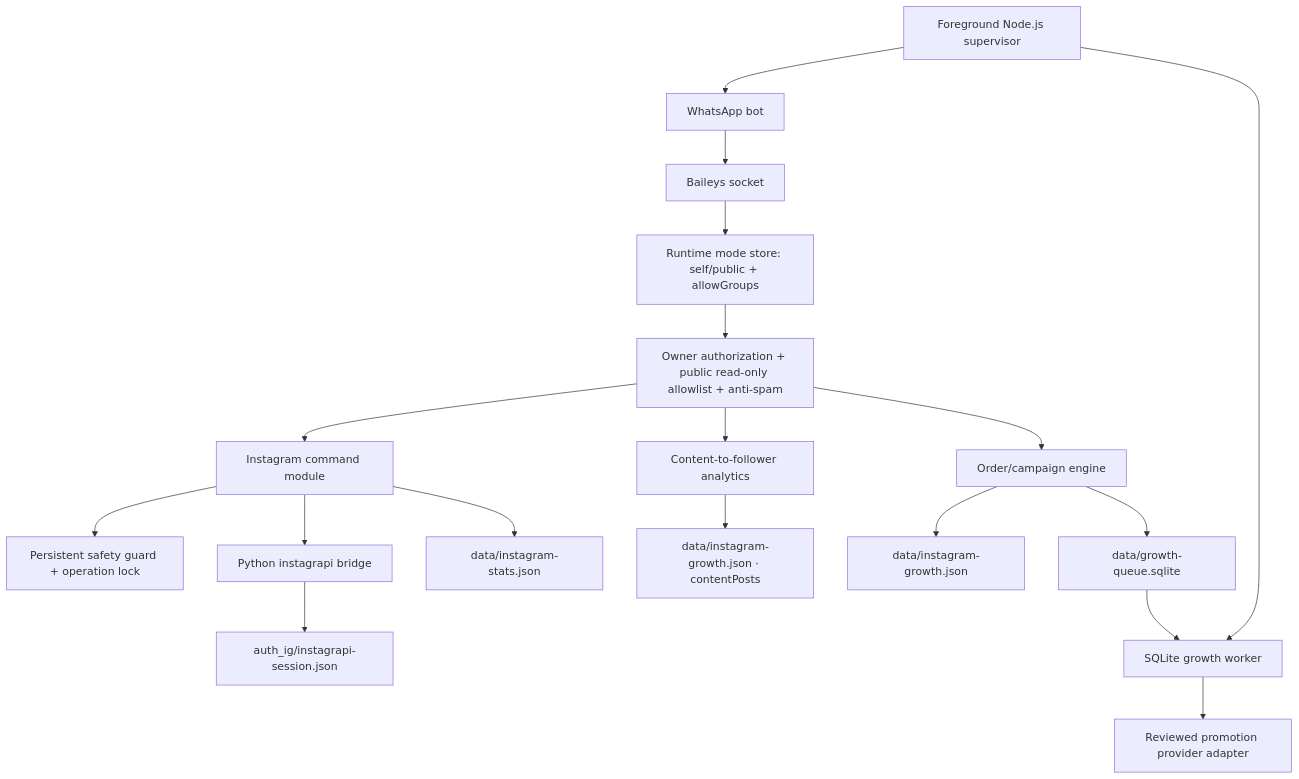
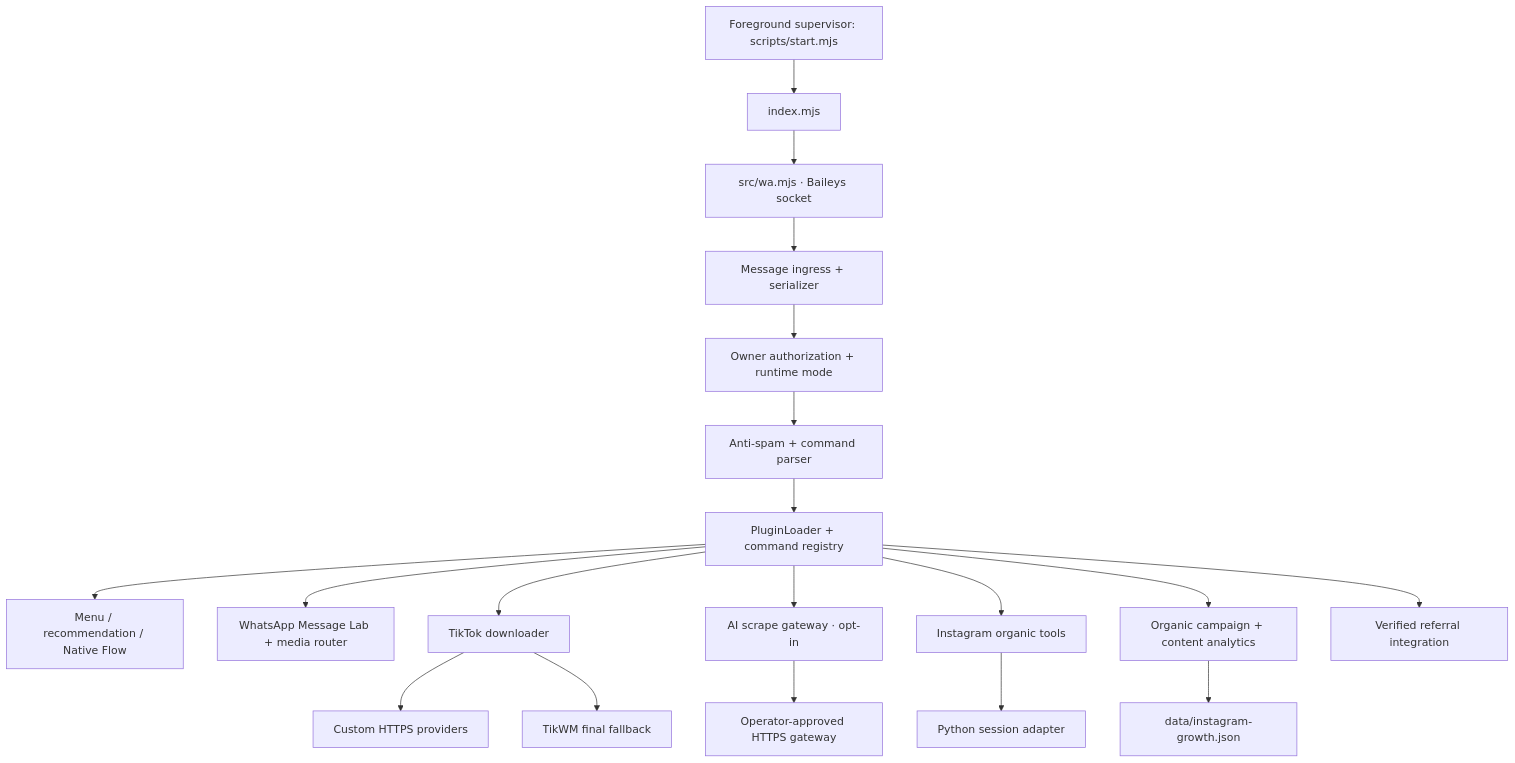
Before and after one commit to razzaqinspires/whiskay-instagram-growth: the diagram in docs/ARCHITECTURE.md, drawn with Mermaid. The commit also changed other lines of this file and 54 other files, not shown here.

````diff
--- a/docs/ARCHITECTURE.md
+++ b/docs/ARCHITECTURE.md
@@ -3,20 +5,21 @@
 ```mermaid
 flowchart TD
-  SUP[Foreground Node.js supervisor] --> BOT[WhatsApp bot]
-  SUP --> WORKER[SQLite growth worker]
-  BOT --> WA[Baileys socket]
-  WA --> MODE[Runtime mode store: self/public + allowGroups]
-  MODE --> ROUTER[Owner authorization + public read-only allowlist + anti-spam]
-  ROUTER --> IG[Instagram command module]
-  IG --> SAFETY[Persistent safety guard + operation lock]
-  IG --> PY[Python instagrapi bridge]
-  PY --> SESSION[auth_ig/instagrapi-session.json]
-  IG --> STATS[data/instagram-stats.json]
-  ROUTER --> CONTENT[Content-to-follower analytics]
-  CONTENT --> CONTENTDB[data/instagram-growth.json · contentPosts]
-  ROUTER --> GROWTH[Order/campaign engine]
-  GROWTH --> STORE[data/instagram-growth.json]
-  GROWTH --> QUEUE[data/growth-queue.sqlite]
-  QUEUE --> WORKER
-  WORKER --> PROVIDER[Reviewed promotion provider adapter]
+  SUP[Foreground supervisor: scripts/start.mjs] --> BOT[index.mjs]
+  BOT --> WA[src/wa.mjs · Baileys socket]
+  WA --> IN[Message ingress + serializer]
+  IN --> AUTH[Owner authorization + runtime mode]
+  AUTH --> SPAM[Anti-spam + command parser]
+  SPAM --> PLUG[PluginLoader + command registry]
+  PLUG --> MENU[Menu / recommendation / Native Flow]
+  PLUG --> WAF[WhatsApp Message Lab + media router]
+  PLUG --> TT[TikTok downloader]
+  TT --> TP[Custom HTTPS providers]
+  TT --> TIKWM[TikWM final fallback]
+  PLUG --> AI[AI scrape gateway · opt-in]
+  AI --> GW[Operator-approved HTTPS gateway]
+  PLUG --> IG[Instagram organic tools]
+  IG --> PY[Python session adapter]
+  PLUG --> GROWTH[Organic campaign + content analytics]
+  GROWTH --> DB[data/instagram-growth.json]
+  PLUG --> REF[Verified referral integration]
 ```
````
